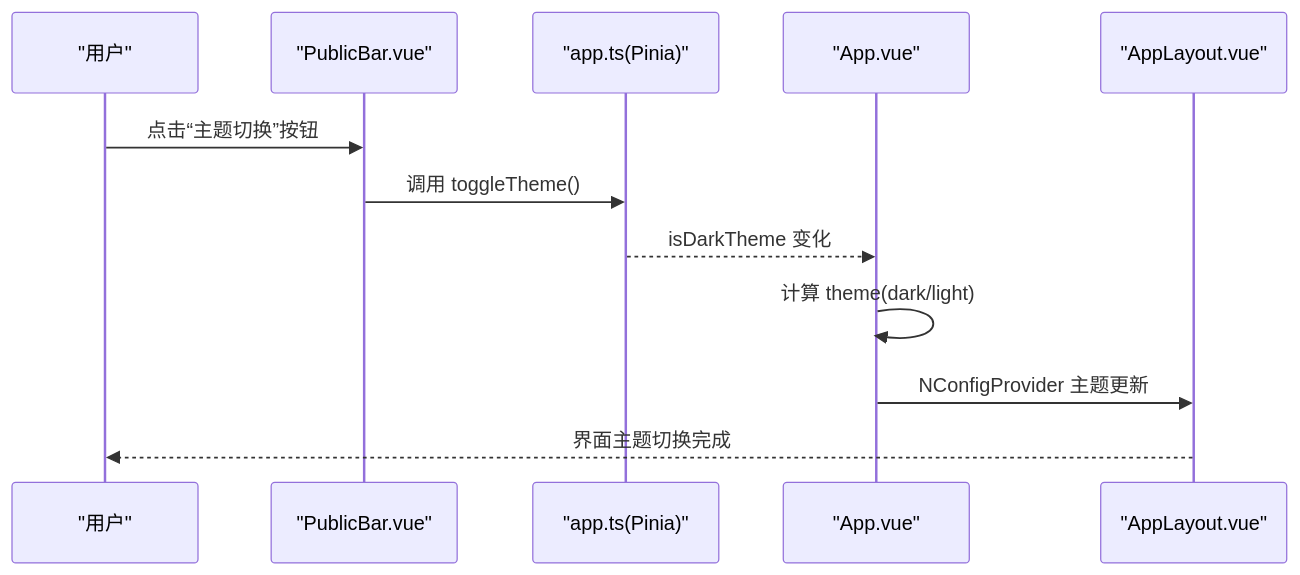
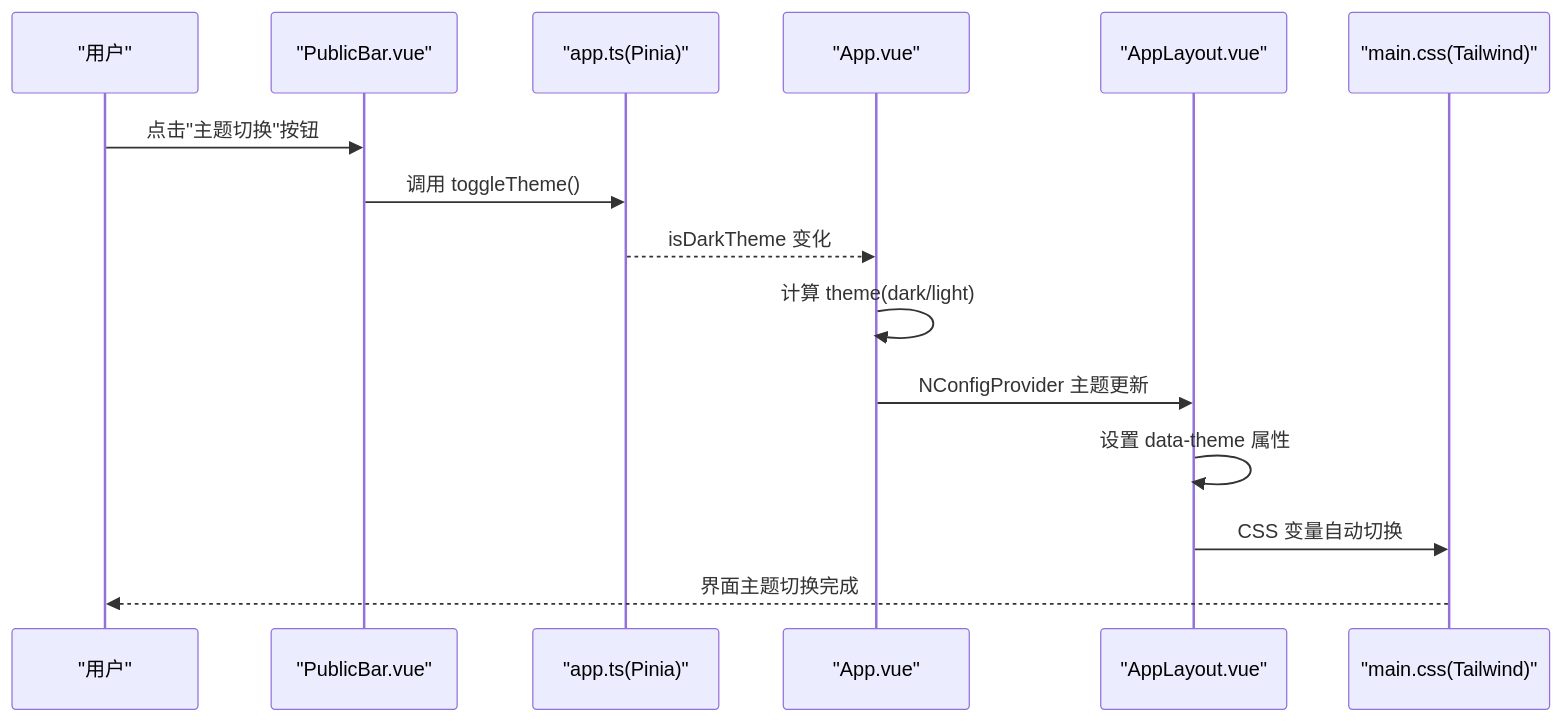
One commit to taoweidong/Hello-Tauri changed the second of 7 diagrams in .qoder/repowiki/zh/content/用户界面/用户界面.md. Above: the diagram before and after it, drawn with Mermaid. The commit also changed other lines of this file and 119 other files, not shown here.

````diff
--- a/.qoder/repowiki/zh/content/用户界面/用户界面.md
+++ b/.qoder/repowiki/zh/content/用户界面/用户界面.md
@@ -109,14 +129,17 @@
 ```mermaid
 sequenceDiagram
 participant U as "用户"
 participant P as "PublicBar.vue"
 participant S as "app.ts(Pinia)"
 participant A as "App.vue"
 participant L as "AppLayout.vue"
-U->>P : 点击“主题切换”按钮
+participant T as "main.css(Tailwind)"
+U->>P : 点击"主题切换"按钮
 P->>S : 调用 toggleTheme()
 S-->>A : isDarkTheme 变化
 A->>A : 计算 theme(dark/light)
 A->>L : NConfigProvider 主题更新
-L-->>U : 界面主题切换完成
+L->>L : 设置 data-theme 属性
+L->>T : CSS 变量自动切换
+T-->>U : 界面主题切换完成
 ```
````
